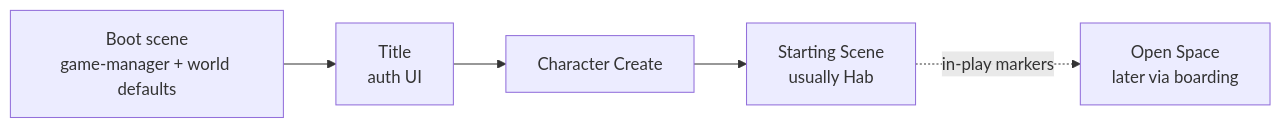
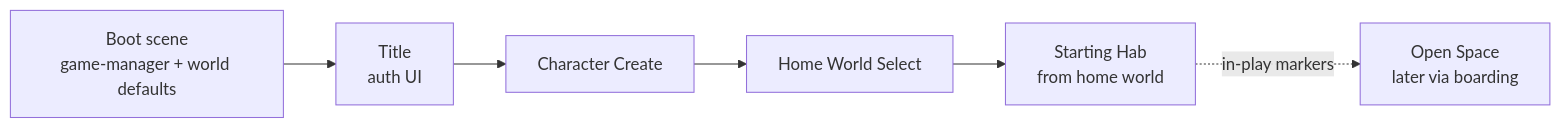
The diagram in docs/docs/architecture/scene-flow.md (AlanGreyjoy/claudecitizen), drawn with Mermaid before and after one commit. The commit also changed other lines of this file and 16 other files, not shown here.

First line of the commit message:
feat(docs): update scene flow and architecture documentation

````diff
--- a/docs/docs/architecture/scene-flow.md
+++ b/docs/docs/architecture/scene-flow.md
@@ -28,10 +30,11 @@
 ```mermaid
 flowchart LR
   Boot["Boot scene<br/>game-manager + world defaults"]
   Title["Title<br/>auth UI"]
   Create["Character Create"]
-  Start["Starting Scene<br/>usually Hab"]
+  Home["Home World Select"]
+  Start["Starting Hab<br/>from home world"]
   Space["Open Space<br/>later via boarding"]
-  Boot --> Title --> Create --> Start
+  Boot --> Title --> Create --> Home --> Start
   Start -.->|"in-play markers"| Space
 ```
````
